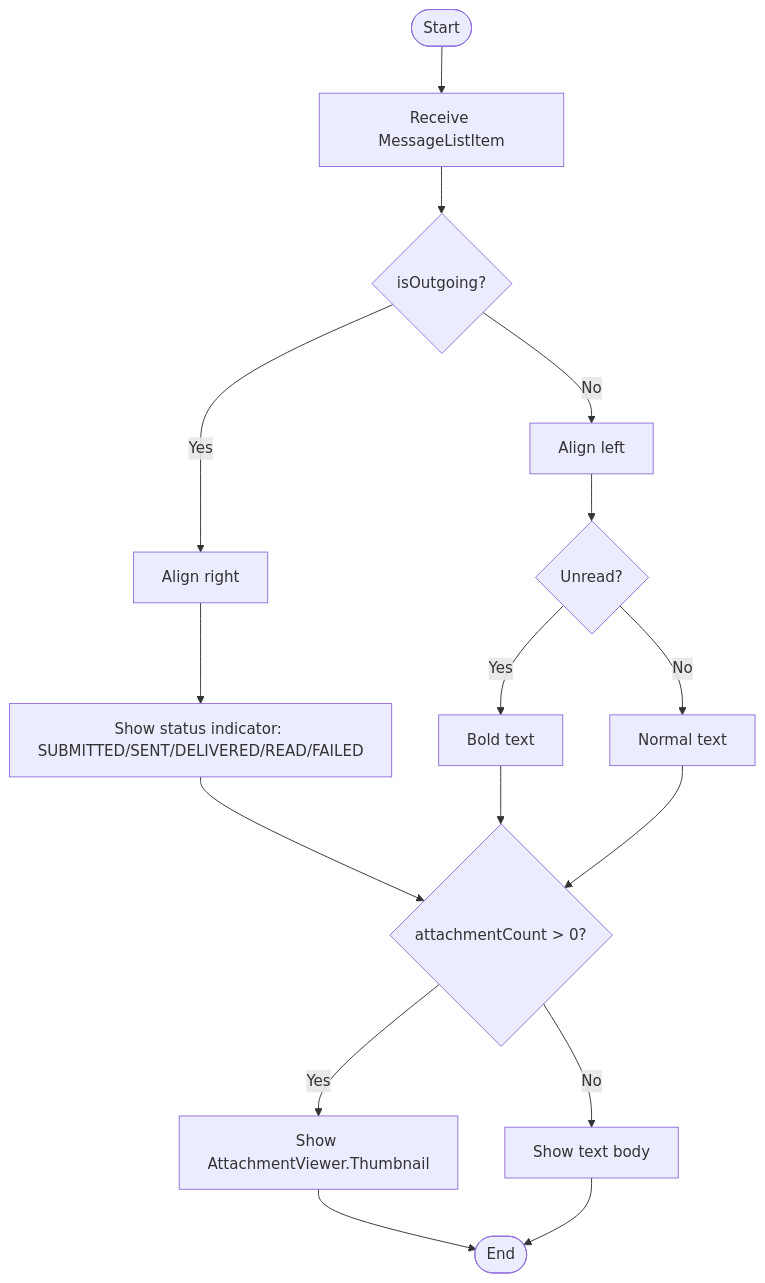
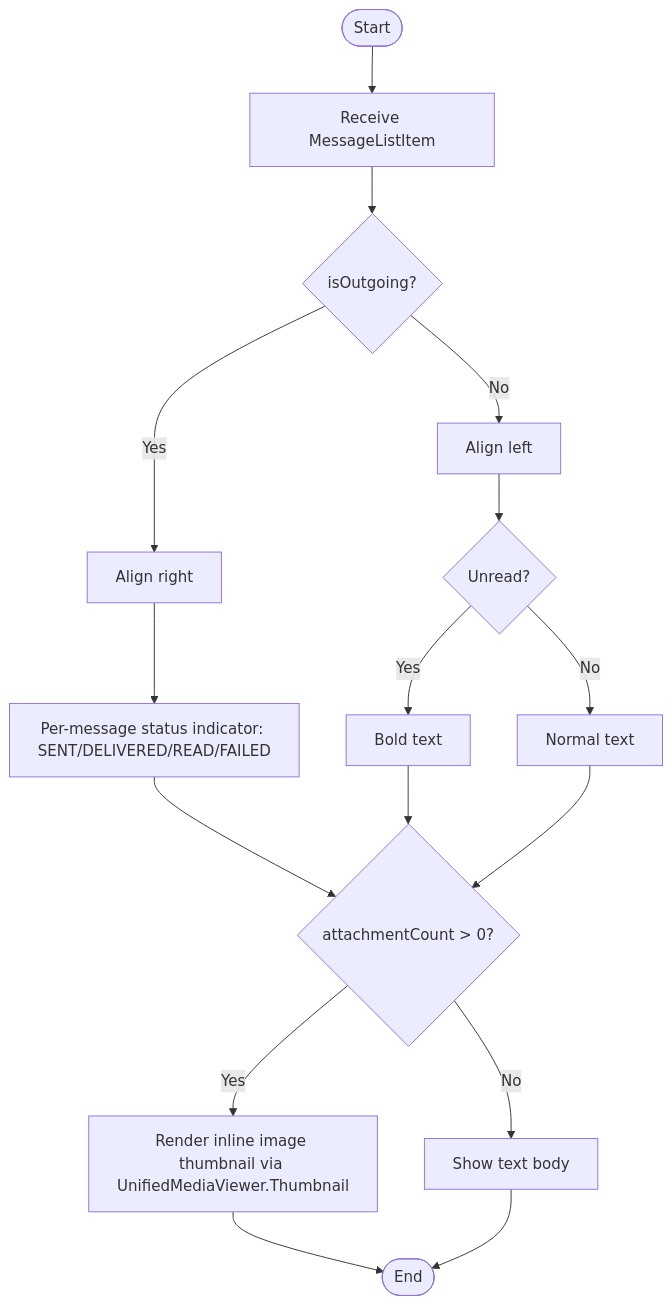
Diagram 12 of 16 in docs/initiatives/v1/codespec/milestone-6.md (sean-light-dev/light-imessage), drawn with Mermaid before and after one commit. The commit also changed other lines of this file, not shown here.

````diff
--- a/docs/initiatives/v1/codespec/milestone-6.md
+++ b/docs/initiatives/v1/codespec/milestone-6.md
@@ -610,18 +621,18 @@
 ```mermaid
 flowchart TD
     Start([Start]) --> Input[Receive MessageListItem]
     Input --> Outgoing{isOutgoing?}
     Outgoing -->|Yes| AlignRight[Align right]
     Outgoing -->|No| AlignLeft[Align left]
-    AlignRight --> Status[Show status indicator: SUBMITTED/SENT/DELIVERED/READ/FAILED]
+    AlignRight --> Status[Per-message status indicator: SENT/DELIVERED/READ/FAILED]
     AlignLeft --> Unread{Unread?}
     Unread -->|Yes| Bold[Bold text]
     Unread -->|No| Normal[Normal text]
     Status --> Attachments{attachmentCount > 0?}
     Bold --> Attachments
     Normal --> Attachments
-    Attachments -->|Yes| ShowThumb[Show AttachmentViewer.Thumbnail]
+    Attachments -->|Yes| ShowThumb[Render inline image thumbnail via UnifiedMediaViewer.Thumbnail]
     Attachments -->|No| ShowText[Show text body]
     ShowThumb --> End([End])
     ShowText --> End
 ```
````
